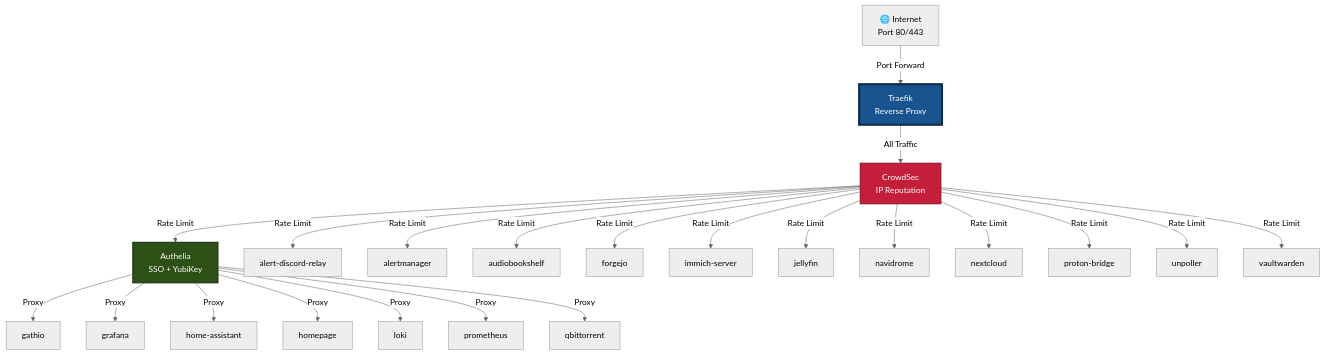
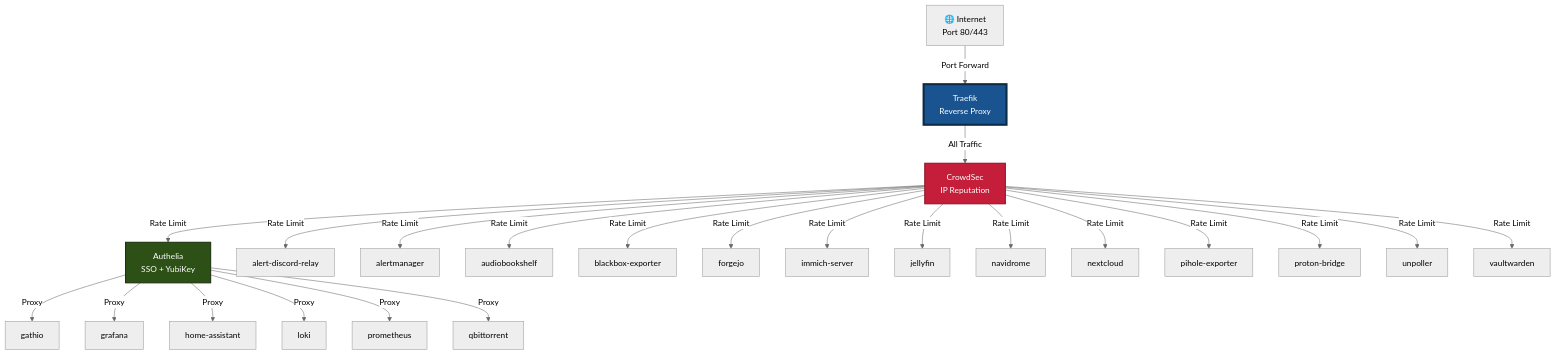
The first of 3 diagrams in docs/AUTO-NETWORK-TOPOLOGY.md (vonrobak/fedora-homelab-containers), drawn with Mermaid (neutral theme) before and after one commit. The commit also changed other lines of this file and 7 other files, not shown here.

````diff
--- a/docs/AUTO-NETWORK-TOPOLOGY.md
+++ b/docs/AUTO-NETWORK-TOPOLOGY.md
@@ -12,36 +12,37 @@
 ```mermaid
 graph TB
     Internet[🌐 Internet<br/>Port 80/443]
     Internet -->|Port Forward| Traefik[Traefik<br/>Reverse Proxy]
 
     %% All traffic goes through CrowdSec first
     Traefik -->|All Traffic| CrowdSec[CrowdSec<br/>IP Reputation]
 
     %% Services requiring Authelia SSO
     CrowdSec -->|Rate Limit| Authelia[Authelia<br/>SSO + YubiKey]
     Authelia -->|Proxy| gathio[gathio]
     Authelia -->|Proxy| grafana[grafana]
     Authelia -->|Proxy| home_assistant[home-assistant]
-    Authelia -->|Proxy| homepage[homepage]
     Authelia -->|Proxy| loki[loki]
     Authelia -->|Proxy| prometheus[prometheus]
     Authelia -->|Proxy| qbittorrent[qbittorrent]
 
     %% Services with native authentication (bypass Authelia)
     CrowdSec -->|Rate Limit| alert_discord_relay[alert-discord-relay]
     CrowdSec -->|Rate Limit| alertmanager[alertmanager]
     CrowdSec -->|Rate Limit| audiobookshelf[audiobookshelf]
+    CrowdSec -->|Rate Limit| blackbox_exporter[blackbox-exporter]
     CrowdSec -->|Rate Limit| forgejo[forgejo]
     CrowdSec -->|Rate Limit| immich_server[immich-server]
     CrowdSec -->|Rate Limit| jellyfin[jellyfin]
     CrowdSec -->|Rate Limit| navidrome[navidrome]
     CrowdSec -->|Rate Limit| nextcloud[nextcloud]
+    CrowdSec -->|Rate Limit| pihole_exporter[pihole-exporter]
     CrowdSec -->|Rate Limit| proton_bridge[proton-bridge]
     CrowdSec -->|Rate Limit| unpoller[unpoller]
     CrowdSec -->|Rate Limit| vaultwarden[vaultwarden]
 
     %% Styling
     style Traefik fill:#1a5490,stroke:#0d2a45,stroke-width:4px,color:#fff
     style CrowdSec fill:#c41e3a,stroke:#8b1528,stroke-width:2px,color:#fff
     style Authelia fill:#2d5016,stroke:#1a3010,stroke-width:2px,color:#fff
 ```
````
